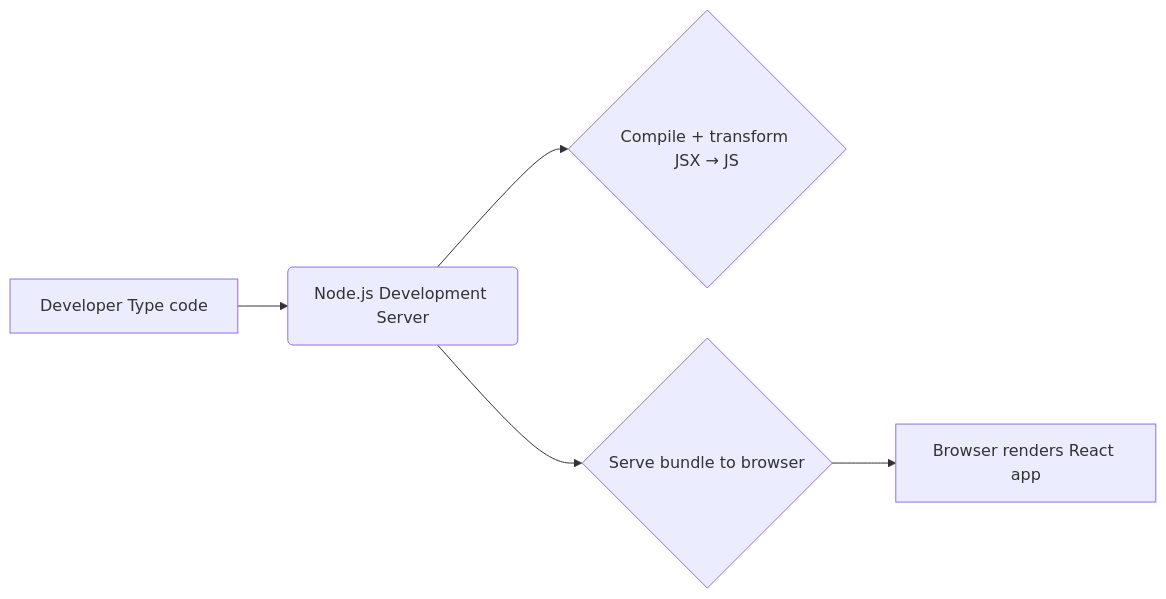
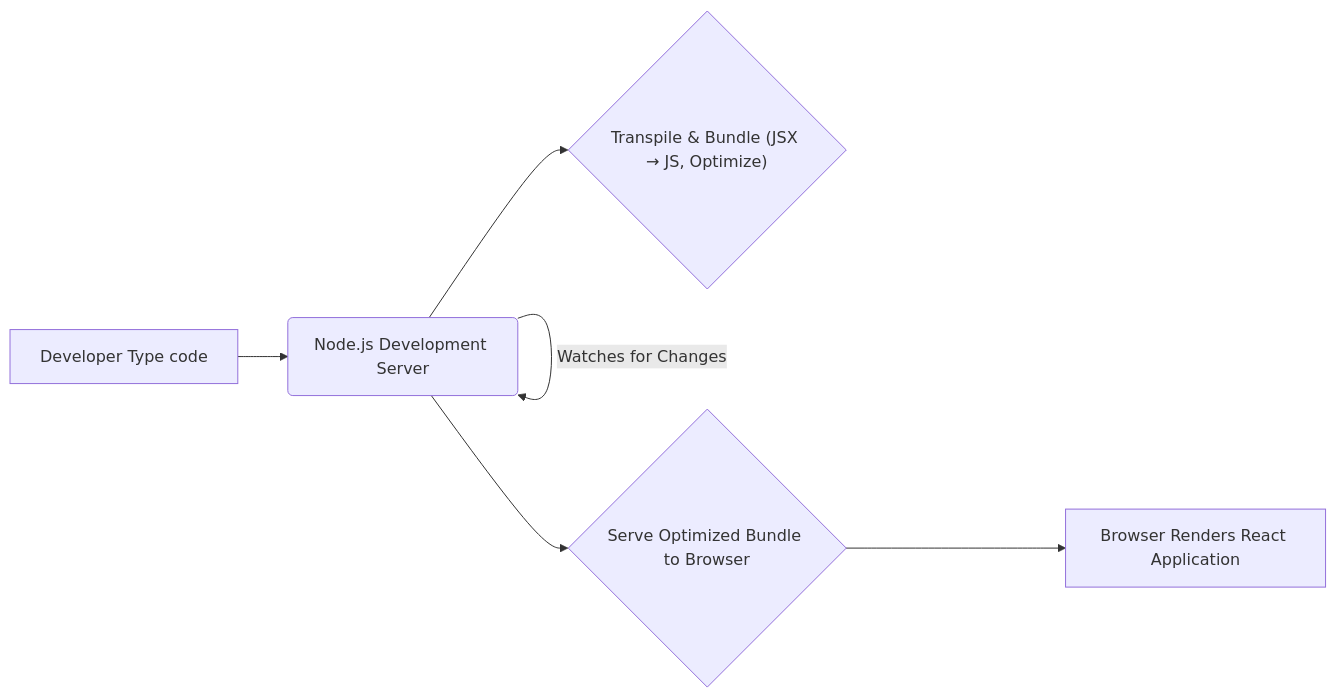
The diagram in WhatNodeJSDoes.qmd (akv004/ReactJSTips), drawn with Mermaid before and after one commit. The commit also changed other lines of this file, not shown here.

Commit message:
Revise Node.js chapter to emphasize its critical roles in React development and clarify development vs. production environments

````diff
--- a/WhatNodeJSDoes.qmd
+++ b/WhatNodeJSDoes.qmd
@@ -27,7 +31,8 @@
 ```{mermaid}
 flowchart LR
   A[Developer Type code] --> B(Node.js Development Server)
-  B --> C{Compile + transform JSX → JS}
-  B --> D{Serve bundle to browser}
-  D--> E[Browser renders React app]
+  B -- Watches for Changes --> B
+  B --> C{"Transpile & Bundle (JSX → JS, Optimize)"}
+  B --> D{Serve Optimized Bundle to Browser}
+  D --> E[Browser Renders React Application]
 ```
````
